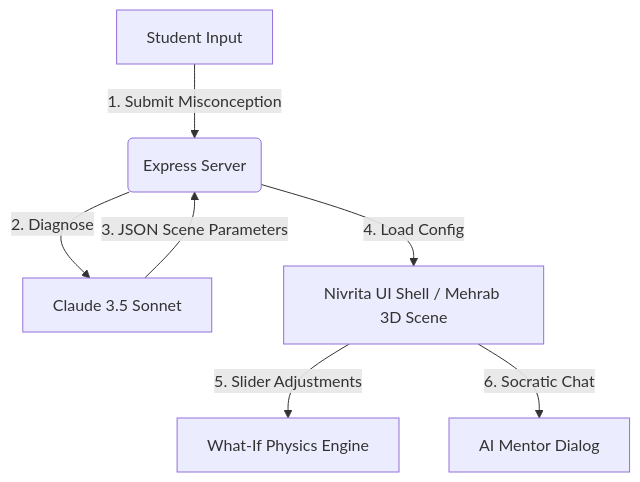
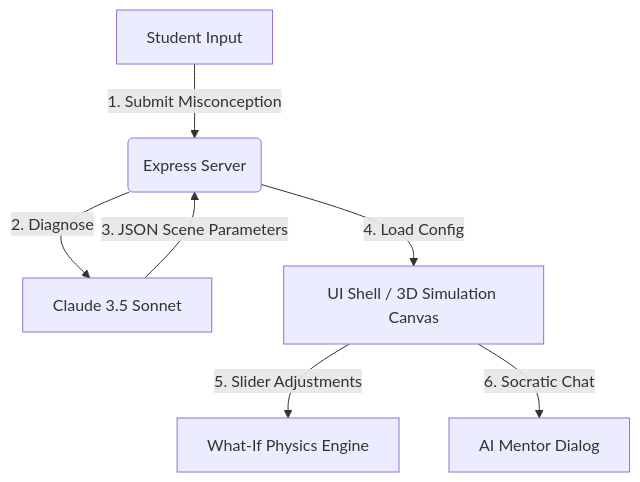
Before and after one commit to shakeraema/NovaMindXR: the diagram in README.md, drawn with Mermaid. The commit also changed other lines of this file, not shown here.

Commit message:
docs: simplify README to focus only on capabilities and architecture

````diff
--- a/README.md
+++ b/README.md
@@ -44,9 +17,9 @@
 ```mermaid
 graph TD
     A[Student Input] -->|1. Submit Misconception| B(Express Server)
     B -->|2. Diagnose| C[Claude 3.5 Sonnet]
     C -->|3. JSON Scene Parameters| B
-    B -->|4. Load Config| D[Nivrita UI Shell / Mehrab 3D Scene]
+    B -->|4. Load Config| D[UI Shell / 3D Simulation Canvas]
     D -->|5. Slider Adjustments| E[What-If Physics Engine]
     D -->|6. Socratic Chat| F[AI Mentor Dialog]
 ```
````
